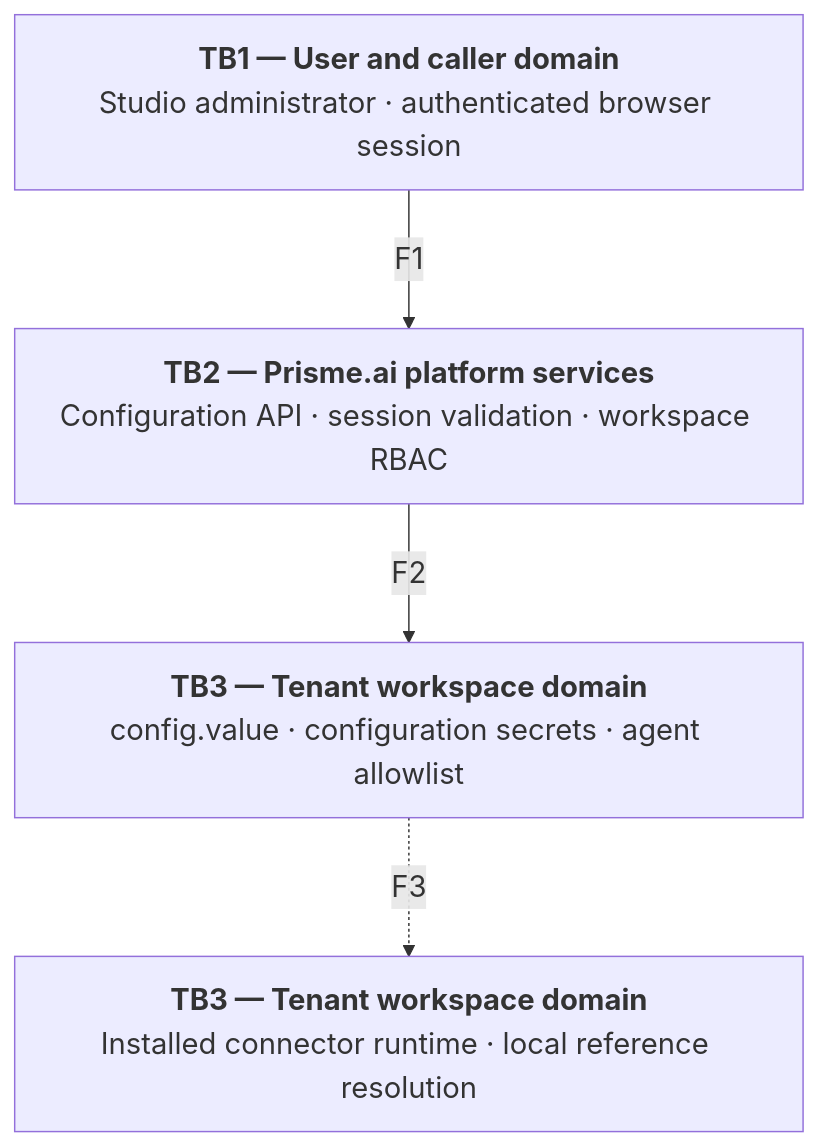
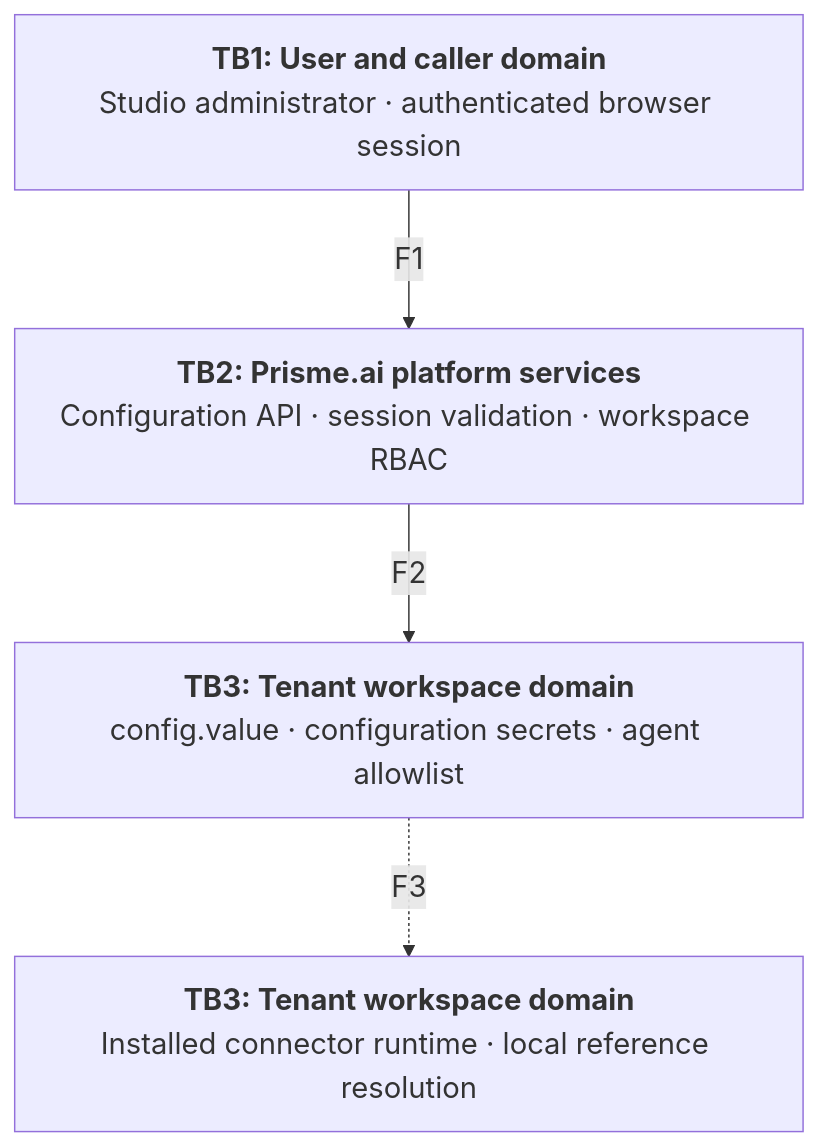
One commit to prismeai/docs changed the first of 4 diagrams in apps-store/marketplace/connectors/architecture.mdx. Above: the diagram before and after it, drawn with Mermaid. The commit also changed other lines of this file and 138 other files, not shown here.

````diff
--- a/apps-store/marketplace/connectors/architecture.mdx
+++ b/apps-store/marketplace/connectors/architecture.mdx
@@ -34,12 +34,12 @@
 ```mermaid
 %%{init: {"themeVariables": {"fontSize": "20px"}, "flowchart": {"nodeSpacing": 45, "rankSpacing": 65, "wrappingWidth": 480}}}%%
 flowchart TB
-  Admin["<span style='display:inline-block;width:480px'><b>TB1 — User and caller domain</b><br/>Studio administrator · authenticated browser session</span>"]
-  ConfigAPI["<span style='display:inline-block;width:480px'><b>TB2 — Prisme.ai platform services</b><br/>Configuration API · session validation · workspace RBAC</span>"]
-  Stores["<span style='display:inline-block;width:480px'><b>TB3 — Tenant workspace domain</b><br/>config.value · configuration secrets · agent allowlist</span>"]
-  Connector["<span style='display:inline-block;width:480px'><b>TB3 — Tenant workspace domain</b><br/>Installed connector runtime · local reference resolution</span>"]
+  Admin["<span style='display:inline-block;width:480px'><b>TB1: User and caller domain</b><br/>Studio administrator · authenticated browser session</span>"]
+  ConfigAPI["<span style='display:inline-block;width:480px'><b>TB2: Prisme.ai platform services</b><br/>Configuration API · session validation · workspace RBAC</span>"]
+  Stores["<span style='display:inline-block;width:480px'><b>TB3: Tenant workspace domain</b><br/>config.value · configuration secrets · agent allowlist</span>"]
+  Connector["<span style='display:inline-block;width:480px'><b>TB3: Tenant workspace domain</b><br/>Installed connector runtime · local reference resolution</span>"]
 
   Admin -->|"F1"| ConfigAPI
   ConfigAPI -->|"F2"| Stores
   Stores -.->|"F3"| Connector
 ```
````
